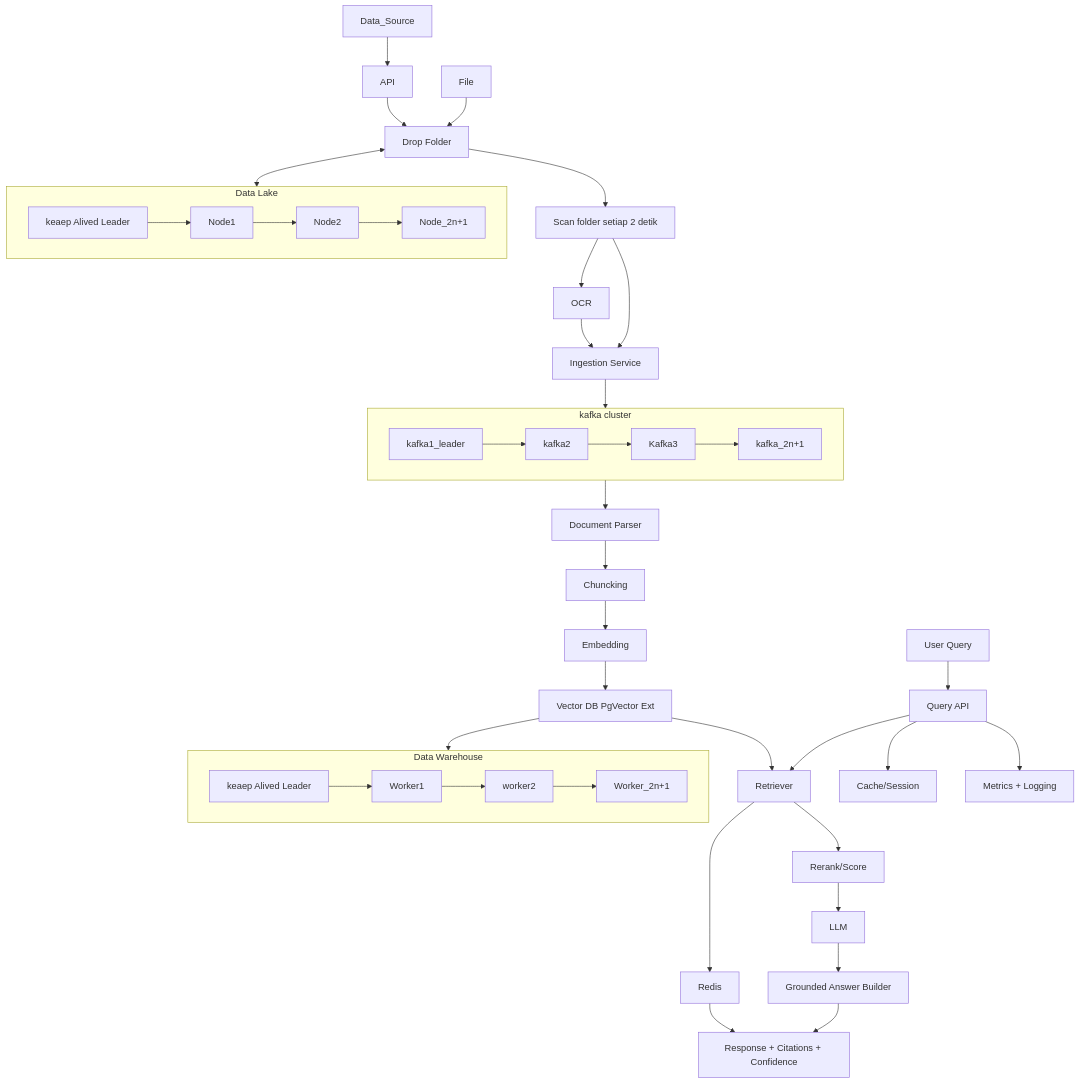
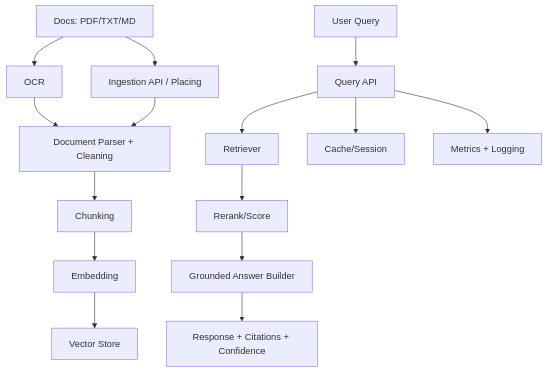
Before and after one commit to hamdiibnizhar/gsp_test: the diagram in README.md, drawn with Mermaid. The commit also changed other lines of this file and 6 other files, not shown here.

````diff
--- a/README.md
+++ b/README.md
@@ -11,35 +11,18 @@
 ```mermaid
 flowchart TD
-    subgraph kafka_cluster["kafka cluster"]
-        kafka1_leader --> kafka2 -->Kafka3 --> kafka_2n+1
-    end
-    subgraph DWH["Data Warehouse"]
-        Broker_DWH["keaep Alived Leader"] --> Worker1 -->worker2 --> Worker_2n+1
-    end
-    subgraph DL["Data Lake"]
-        Broker_DL["keaep Alived Leader"] --> Node1 -->Node2 --> Node_2n+1
-    end
+    Document[Docs: PDF/TXT/MD] --> Ingestion[Ingestion API / Placing]
+    Document --> OCR
+    OCR --> Doc_Parse
+    Ingestion --> Doc_Parse[Document Parser + Cleaning]
+    Doc_Parse --> Chunk[Chunking]
+    Chunk --> Embedding[Embedding]
+    Embedding --> Vector[Vector Store]
 
-    Data_Source --> API--> Drop[Drop Folder] <--> DL["Input folder"]
-    File --> Drop
-    Drop --> Scanner[Scan folder setiap 2 detik]
-    Scanner --> OCR --> Ingestion
-
-    Scanner --> Ingestion[Ingestion Service] --> kafka_cluster
-    kafka_cluster --> Doc_parse["Document Parser"]
-    Doc_parse --> Chuncking --> Embedding --> Vector[Vector DB PgVector Ext] --> DWH
-
-
-    Vector --> Retriever
-
-    Retriever --> cache[Redis]
-    cache --> Response
     Query[User Query] --> API_Layer[Query API]
     API_Layer --> Retriever[Retriever]
     Retriever --> Rerank[Rerank/Score]
-    Rerank --> LLM
-    LLM --> Ans_Builder[Grounded Answer Builder]
+    Rerank --> Ans_Builder[Grounded Answer Builder]
     Ans_Builder --> Response[Response + Citations + Confidence]
     API_Layer --> Cache[Cache/Session]
     API_Layer --> Metrics[Metrics + Logging]
 ```
````
